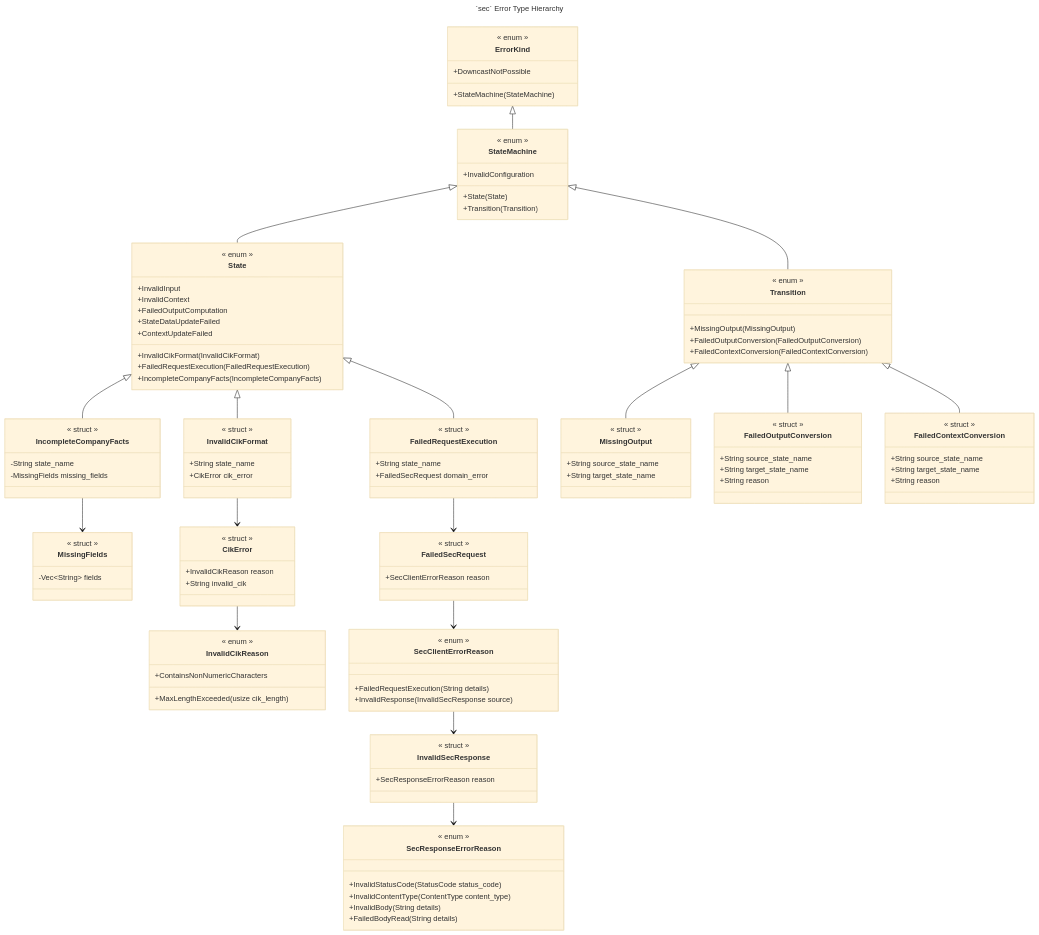
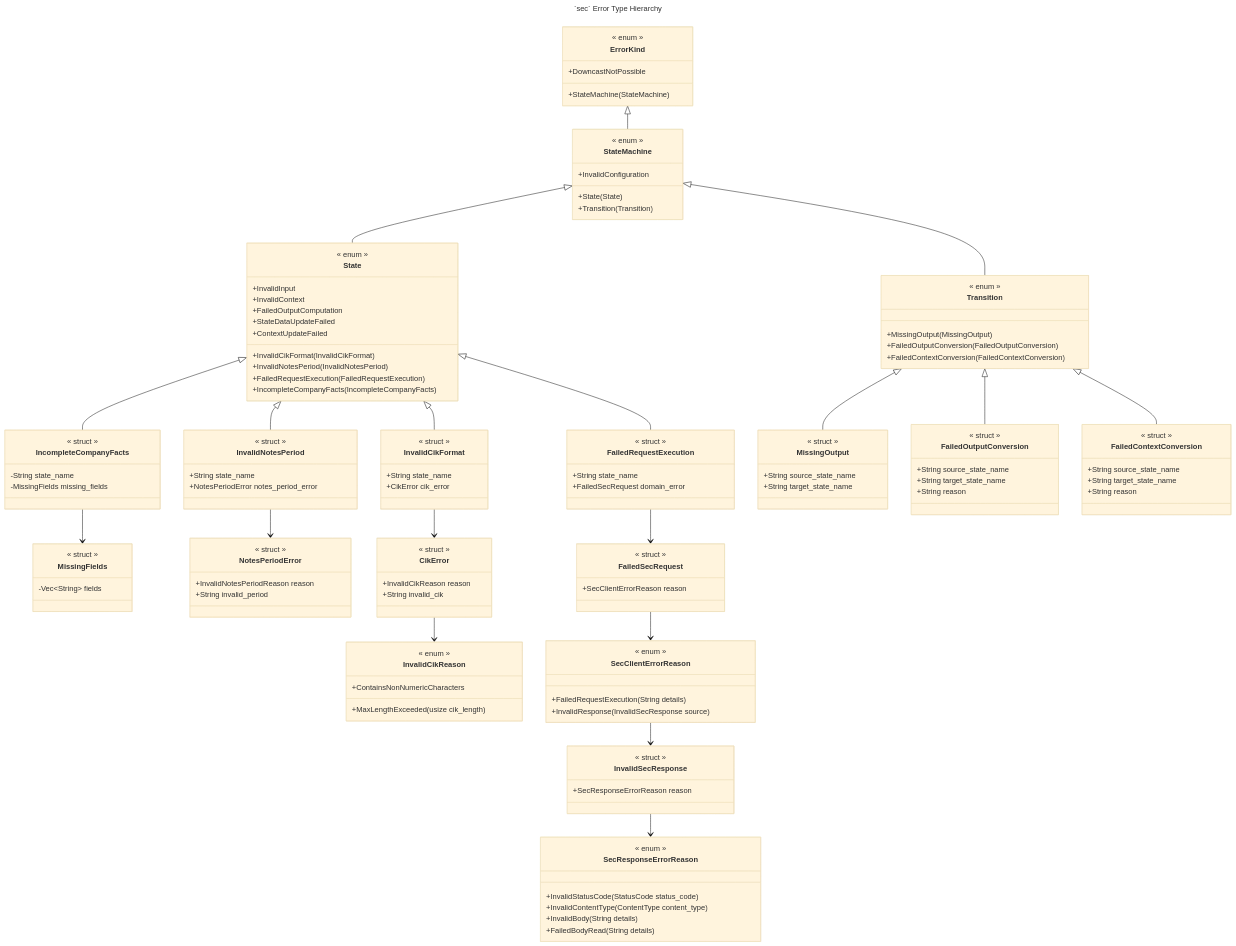
The third of 3 diagrams in README.md (ironcapitaleu/arkad), drawn with Mermaid (base theme) before and after one commit. The commit also changed other lines of this file and 13 other files, not shown here.

First line of the commit message:
refactor(sec): address the review of the Notes period states

```diff
--- a/README.md
+++ b/README.md
@@ -273,6 +274,7 @@
         << enum >>
         %% Errors from internal state operations
         +InvalidCikFormat(InvalidCikFormat)
+        +InvalidNotesPeriod(InvalidNotesPeriod)
         +FailedRequestExecution(FailedRequestExecution)
         +IncompleteCompanyFacts(IncompleteCompanyFacts)
         +InvalidInput
@@ -295,6 +297,13 @@
         %% State-level wrapper for CIK validation errors
         +String state_name
         +CikError cik_error
+    }
+
+    class InvalidNotesPeriod{
+        << struct >>
+        %% State-level wrapper for Notes period validation errors
+        +String state_name
+        +NotesPeriodError notes_period_error
     }
 
     class FailedRequestExecution{
@@ -338,6 +347,13 @@
         +String source_state_name
         +String target_state_name
         +String reason
+    }
+
+    class NotesPeriodError{
+        << struct >>
+        %% Domain error for an invalid Notes period
+        +InvalidNotesPeriodReason reason
+        +String invalid_period
     }
 
     class CikError{
@@ -389,6 +405,7 @@
 
     %% State error wraps domain errors
     State <|-- InvalidCikFormat
+    State <|-- InvalidNotesPeriod
     State <|-- FailedRequestExecution
     State <|-- IncompleteCompanyFacts
 
@@ -400,6 +417,7 @@
     %% State wrappers contain domain errors
     InvalidCikFormat --> CikError
     CikError --> InvalidCikReason
+    InvalidNotesPeriod --> NotesPeriodError
     IncompleteCompanyFacts --> MissingFields
     FailedRequestExecution --> FailedSecRequest
     FailedSecRequest --> SecClientErrorReason
```
